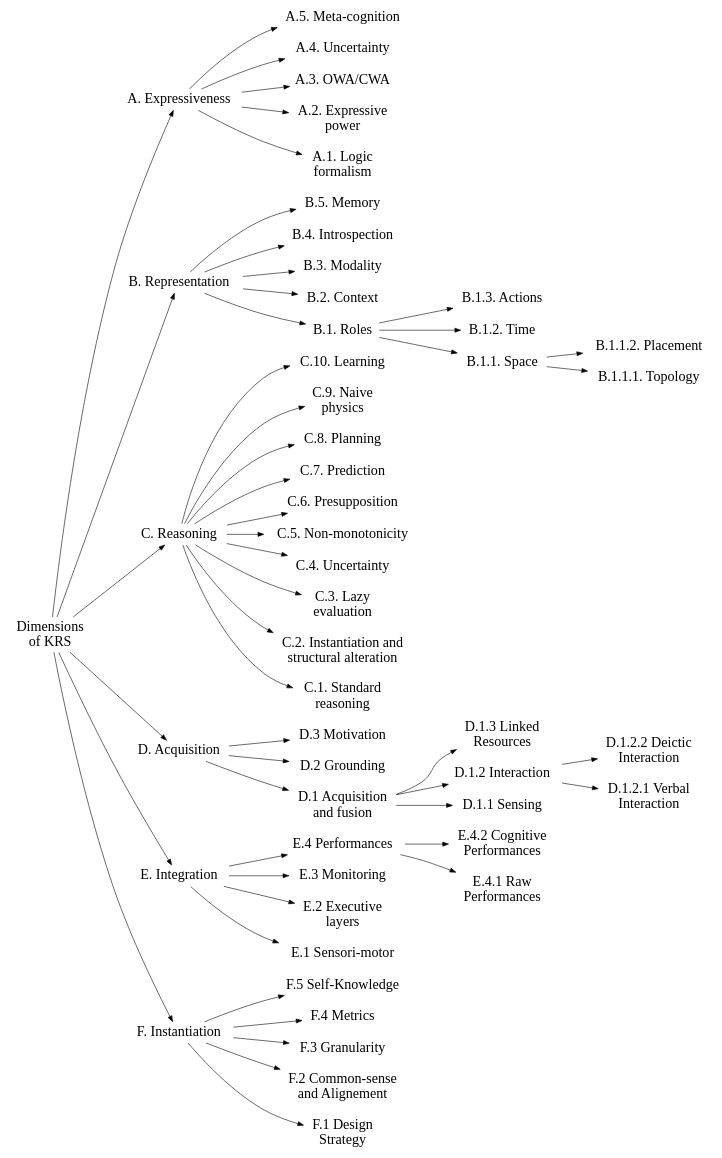
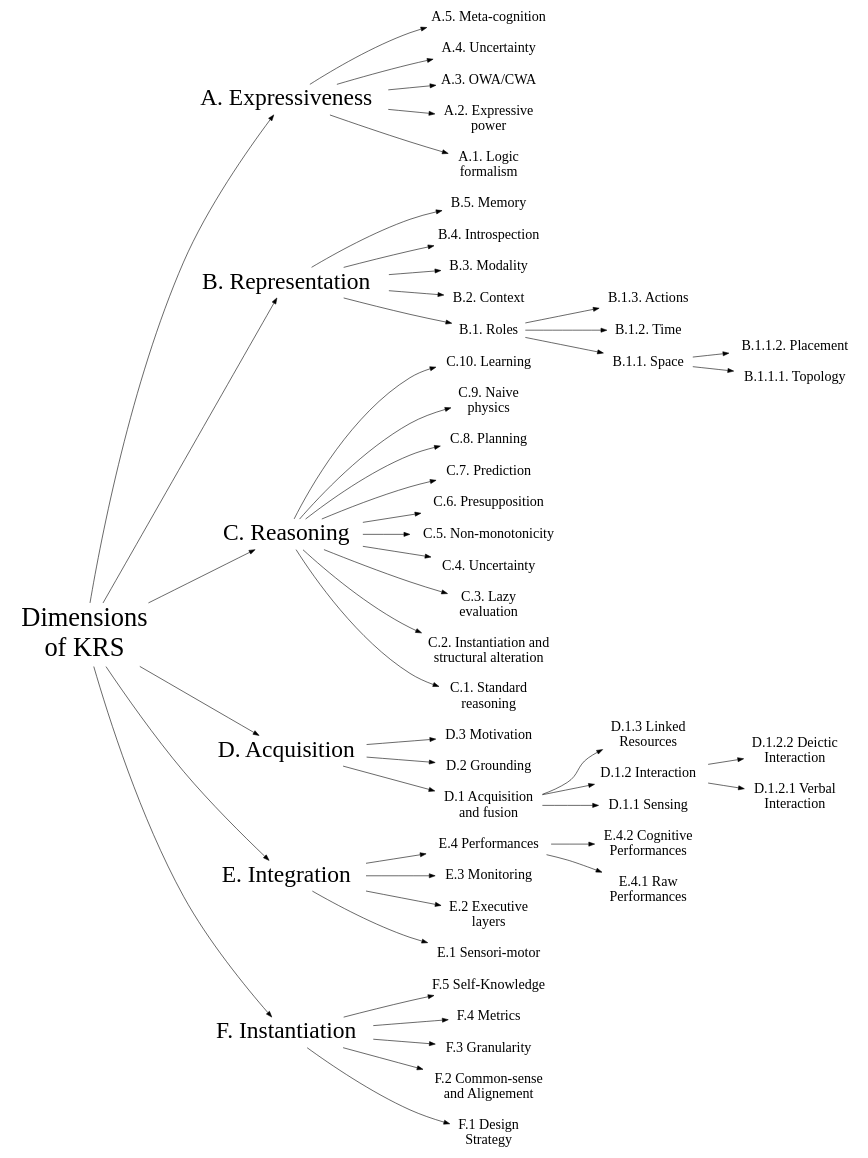
One commit to severin-lemaignan/these changed the diagram in images/taxonomy.dot. Above: the diagram before and after it, drawn with Graphviz.

Commit message:
Tuned rendering of the taxonomy graph

```diff
--- a/images/taxonomy.dot
+++ b/images/taxonomy.dot
@@ -1,127 +1,127 @@
 strict digraph Knowledge {
 
 rankdir=LR;
 overlap=scale;
 
 node [shape=plaintext,fontsize=24,fontname="Ubuntu"];
 
-root [label="Dimensions\nof KRS"];
+root [label="Dimensions\n of KRS", fontsize=45];
 root -> A;
 root -> B;
 root -> C;
 root -> D;
 root -> E;
 root -> F;
 
-F [label="F. Instantiation"];
-E [label="E. Integration"];
-D [label="D. Acquisition"];
-C [label="C. Reasoning"];
-B [label="B. Representation"];
-A [label="A. Expressiveness"];
+F [label="F. Instantiation", fontsize=40];
+E [label="E. Integration", fontsize=40];
+D [label="D. Acquisition", fontsize=40];
+C [label="C. Reasoning", fontsize=40];
+B [label="B. Representation", fontsize=40];
+A [label="A. Expressiveness", fontsize=40];
 
 
 A5 [label="A.5. Meta-cognition"];
 A4 [label="A.4. Uncertainty"];
 A3 [label="A.3. OWA/CWA"];
 A2 [label="A.2. Expressive\n power"];
 A1 [label="A.1. Logic\n formalism"];
 
 A -> A1;
 A -> A2;
 A -> A3;
 A -> A4;
 A -> A5;
 
 B5 [label="B.5. Memory"];
 B4 [label="B.4. Introspection"];
 B3 [label="B.3. Modality"];
 B2 [label="B.2. Context"];
 B1 [label="B.1. Roles"];
 
 
 B13 [label="B.1.3. Actions"];
 B12 [label="B.1.2. Time"];
 B11 [label="B.1.1. Space"];
 
 B112 [label="B.1.1.2. Placement"];
 B111 [label="B.1.1.1. Topology"];
 
 B -> B1 -> B11 -> B111;
            B11 -> B112;
      B1 -> B12;
      B1 -> B13;
 B -> B2;
 B -> B3;
 B -> B4;
 B -> B5;
 
 
 
 C10 [label="C.10. Learning"];
 C9 [label="C.9. Naive\n physics"];
 C8 [label="C.8. Planning"];
 C7 [label="C.7. Prediction"];
 C6 [label="C.6. Presupposition"];
 C5 [label="C.5. Non-monotonicity"];
 C4 [label="C.4. Uncertainty"];
 C3 [label="C.3. Lazy\n evaluation"];
 C2 [label="C.2. Instantiation and\n structural alteration"];
 C1 [label="C.1. Standard\n reasoning"];
 
 C -> C1;
 C -> C2;
 C -> C3;
 C -> C4;
 C -> C5;
 C -> C6;
 C -> C7;
 C -> C8;
 C -> C9;
 C -> C10;
 
 D3 [label="D.3 Motivation"];
 D2 [label="D.2 Grounding"];
 D1 [label="D.1 Acquisition\n and fusion"];
 
 D13 [label="D.1.3 Linked\n Resources"];
 D12 [label="D.1.2 Interaction"];
 D11 [label="D.1.1 Sensing"];
 
 D122 [label="D.1.2.2 Deictic\n Interaction"];
 D121 [label="D.1.2.1 Verbal\n Interaction"];
 
 D -> D1 -> D11;
      D1 -> D12 -> D121;
            D12 -> D122;
      D1 -> D13;
 D -> D2;
 D -> D3;
 
 E4 [label="E.4 Performances"];
 E3 [label="E.3 Monitoring"];
 E2 [label="E.2 Executive\n layers"];
 E1 [label="E.1 Sensori-motor"];
 
 E42 [label="E.4.2 Cognitive\n Performances"];
 E41 [label="E.4.1 Raw\n Performances"];
 
 E -> E1;
 E -> E2;
 E -> E3;
 E -> E4 -> E41;
      E4 -> E42;
 
 F5 [label="F.5 Self-Knowledge"];
 F4 [label="F.4 Metrics"];
 F3 [label="F.3 Granularity"];
 F2 [label="F.2 Common-sense\n and Alignement"];
 F1 [label="F.1 Design\n Strategy"];
 
 F -> F1;
 F -> F2;
 F -> F3;
 F -> F4;
 F -> F5;
 
 }
```
